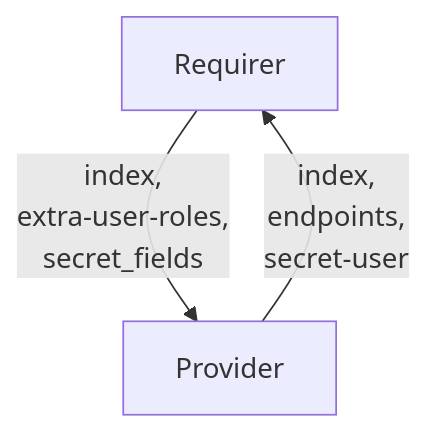
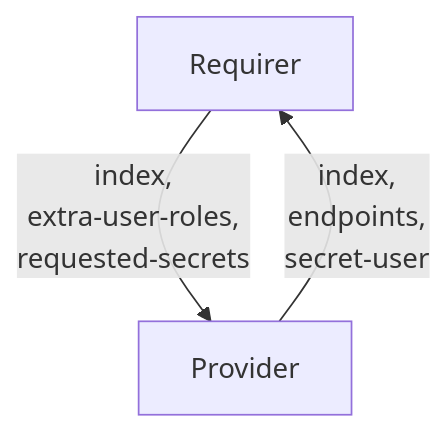
The diagram in interfaces/opensearch_client/v0/README.md (canonical/charm-relation-interfaces), drawn with Mermaid before and after one commit. The commit also changed other lines of this file, not shown here.

Commit message:
use json parsable array of strings as secret-fields value

````diff
--- a/interfaces/opensearch_client/v0/README.md
+++ b/interfaces/opensearch_client/v0/README.md
@@ -11,5 +11,5 @@
 ```mermaid
 flowchart TD
-    Requirer -- index, \nextra-user-roles, \nsecret_fields --> Provider
+    Requirer -- index, \nextra-user-roles, \nrequested-secrets --> Provider
     Provider -- index, \nendpoints, \nsecret-user --> Requirer
 ```
````
